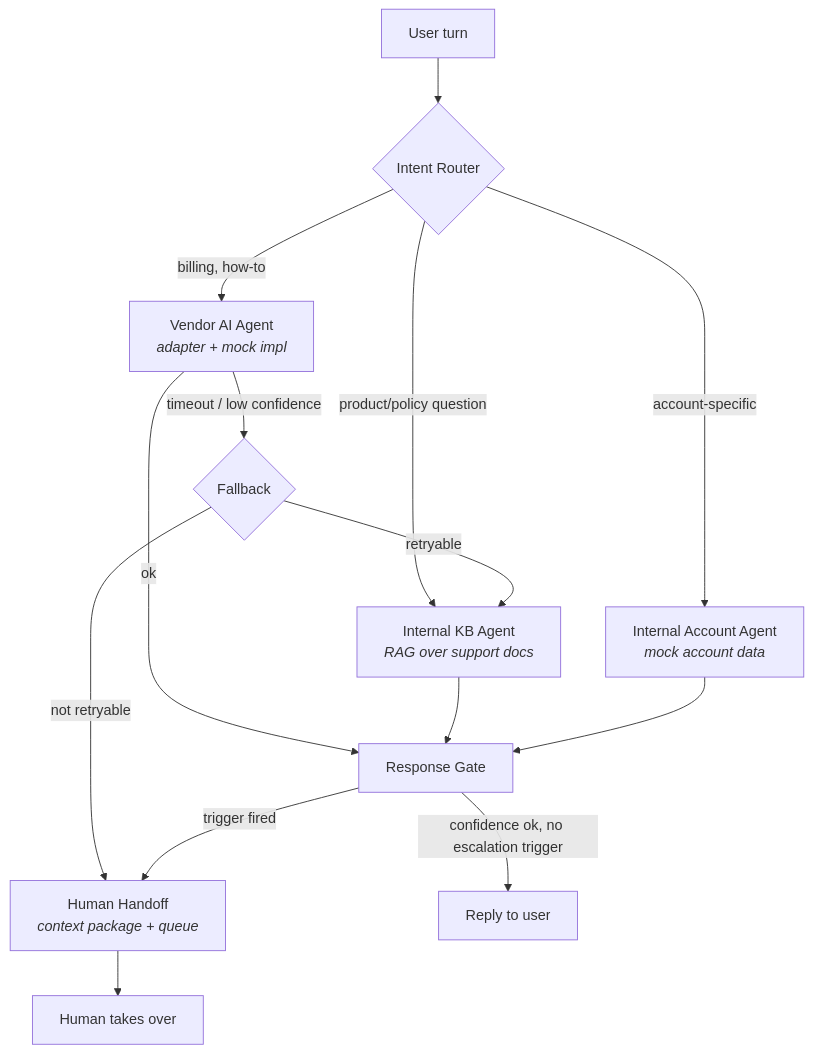
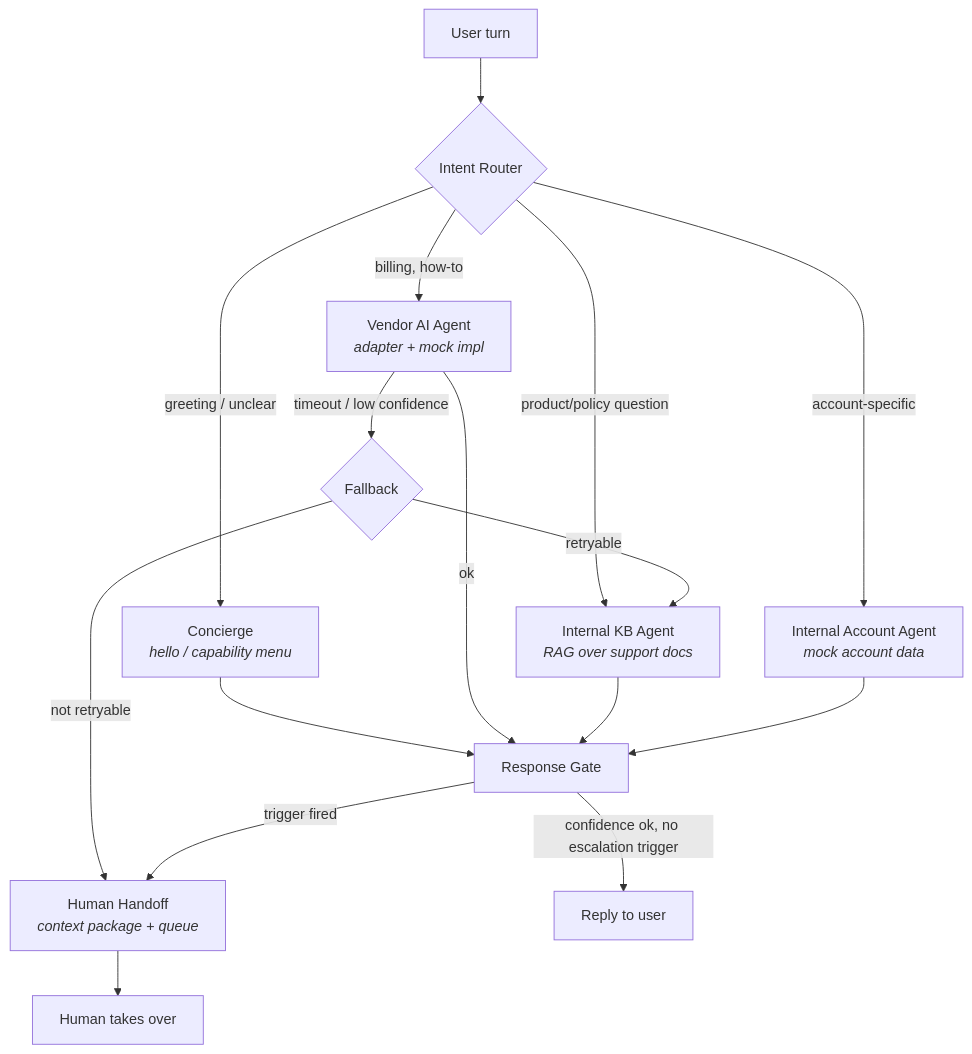
One commit to el-gabri/ledgerly changed the diagram in DESIGN_DOC.md. Above: the diagram before and after it, drawn with Mermaid. The commit also changed 2 other files, not shown here.

Commit message:
adicionei ilustração do fluxo

````diff
--- a/DESIGN_DOC.md
+++ b/DESIGN_DOC.md
@@ -21,16 +21,18 @@
 ```mermaid
 flowchart TD
     U[User turn] --> R{Intent Router}
     R -->|billing, how-to| V[Vendor AI Agent<br/><i>adapter + mock impl</i>]
     R -->|product/policy question| K[Internal KB Agent<br/><i>RAG over support docs</i>]
     R -->|account-specific| A[Internal Account Agent<br/><i>mock account data</i>]
+    R -->|greeting / unclear| C[Concierge<br/><i>hello / capability menu</i>]
+    C --> G
     V -->|ok| G[Response Gate]
     K --> G
     A --> G
     V -->|timeout / low confidence| F{Fallback}
     F -->|retryable| K
     F -->|not retryable| H
     G -->|confidence ok, no escalation trigger| OUT[Reply to user]
     G -->|trigger fired| H[Human Handoff<br/><i>context package + queue</i>]
     H --> OUT2[Human takes over]
 ```
````
